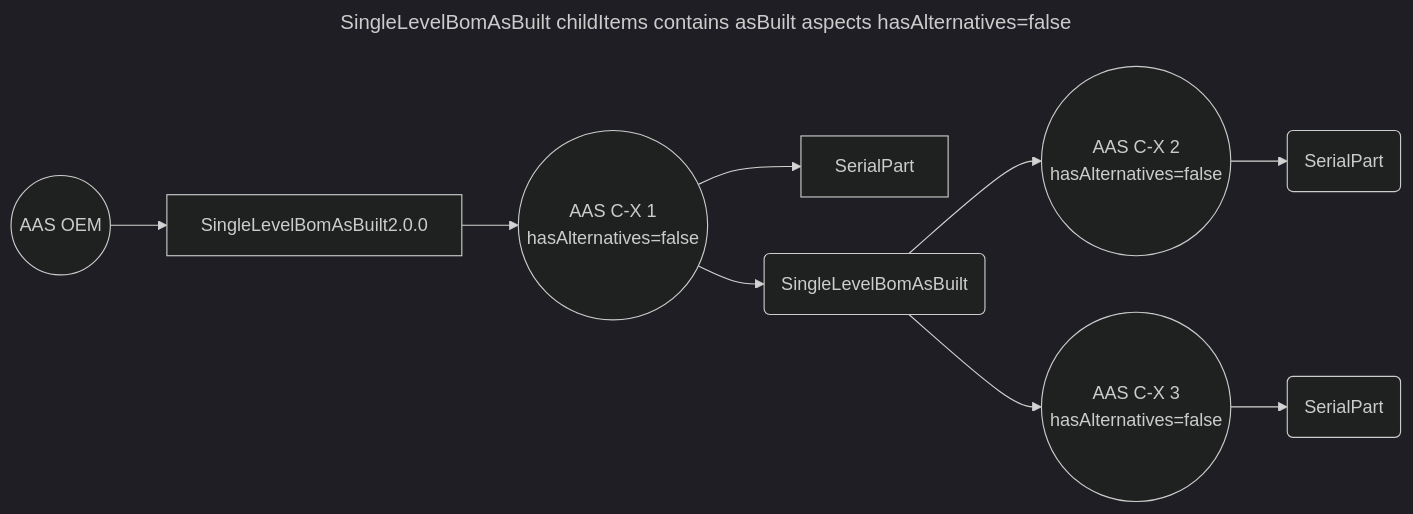
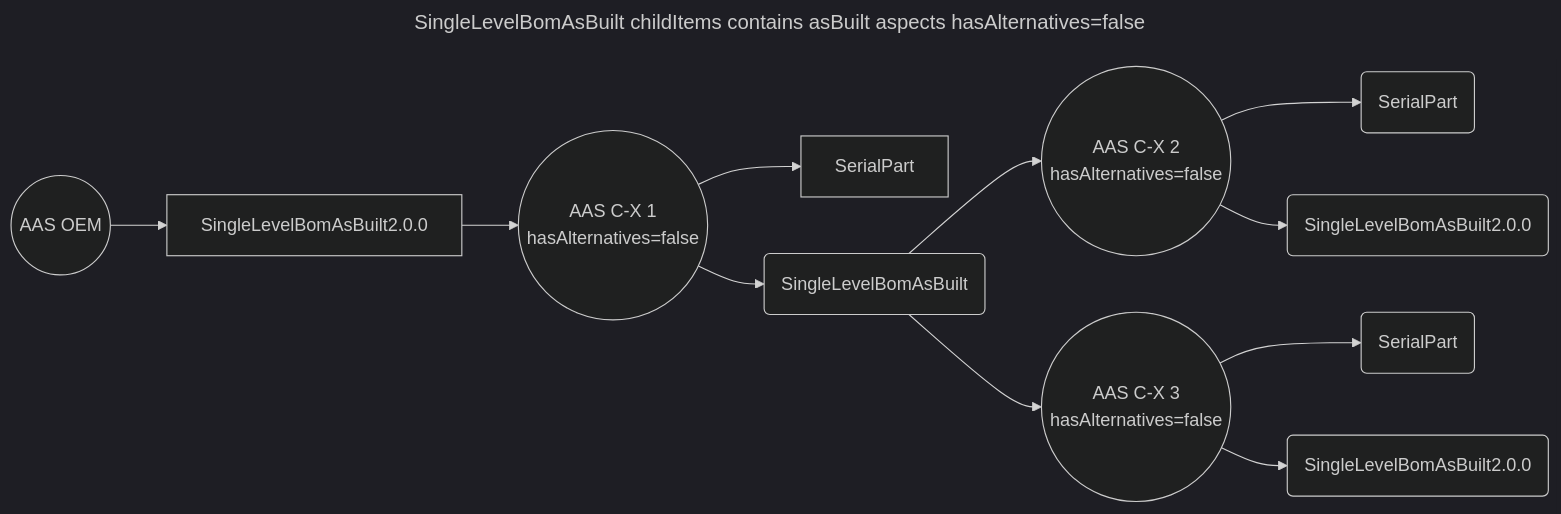
The first of 3 diagrams in docs/concept/#212-Update-of-aspect-model-SingleLevelBomAsBuilt-2_0_0/#212-Update-SingleLevelBomAsBuilt-2-0-0.md (eclipse-tractusx/item-relationship-service), drawn with Mermaid (dark theme) before and after one commit. The commit also changed other lines of this file, not shown here.

````diff
--- a/docs/concept/#212-Update-of-aspect-model-SingleLevelBomAsBuilt-2_0_0/#212-Update-SingleLevelBomAsBuilt-2-0-0.md
+++ b/docs/concept/#212-Update-of-aspect-model-SingleLevelBomAsBuilt-2_0_0/#212-Update-SingleLevelBomAsBuilt-2-0-0.md
@@ -87,16 +87,18 @@
 ```mermaid
 ---
 title: SingleLevelBomAsBuilt childItems contains asBuilt aspects hasAlternatives=false
 ---
 flowchart LR
     s1((AAS C-X 1 \n hasAlternatives=false))
     SingleLevelBomAsBuilt[SingleLevelBomAsBuilt2.0.0]
     aas((AAS OEM)) --> SingleLevelBomAsBuilt
     SingleLevelBomAsBuilt --> s1
     s1 --> SerialPart
     s1 --> SingleLevelBomAsBuilt2
     SingleLevelBomAsBuilt2(SingleLevelBomAsBuilt) --> s4((AAS C-X 2 \n hasAlternatives=false))
     s4 --> SerialPart3(SerialPart)
+   s4 --> SerialPart5(SingleLevelBomAsBuilt2.0.0)
     SingleLevelBomAsBuilt2 --> s5((AAS C-X 3 \n hasAlternatives=false))
     s5 --> SerialPart2(SerialPart)
+    s5 --> SerialPart4(SingleLevelBomAsBuilt2.0.0)
 ```
````
